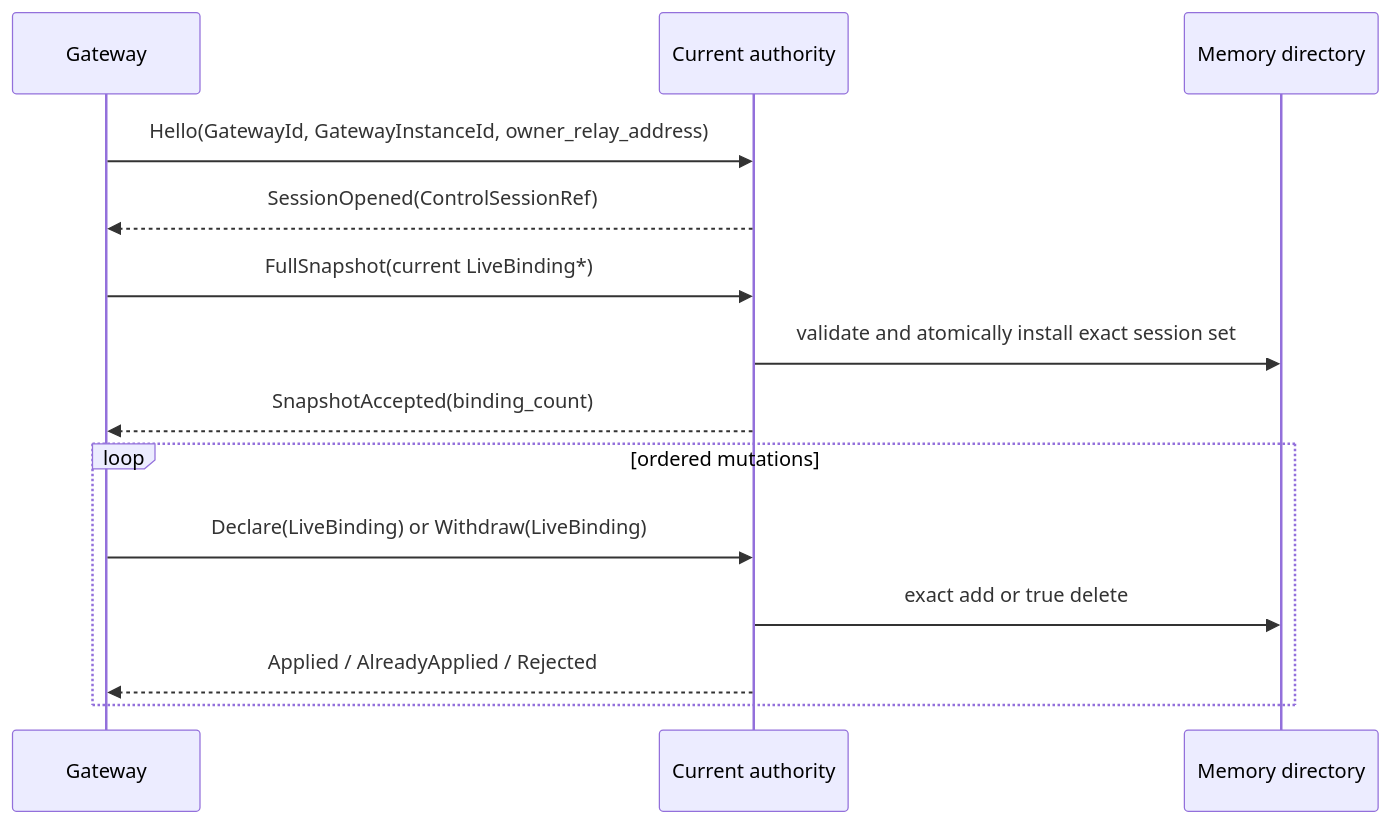
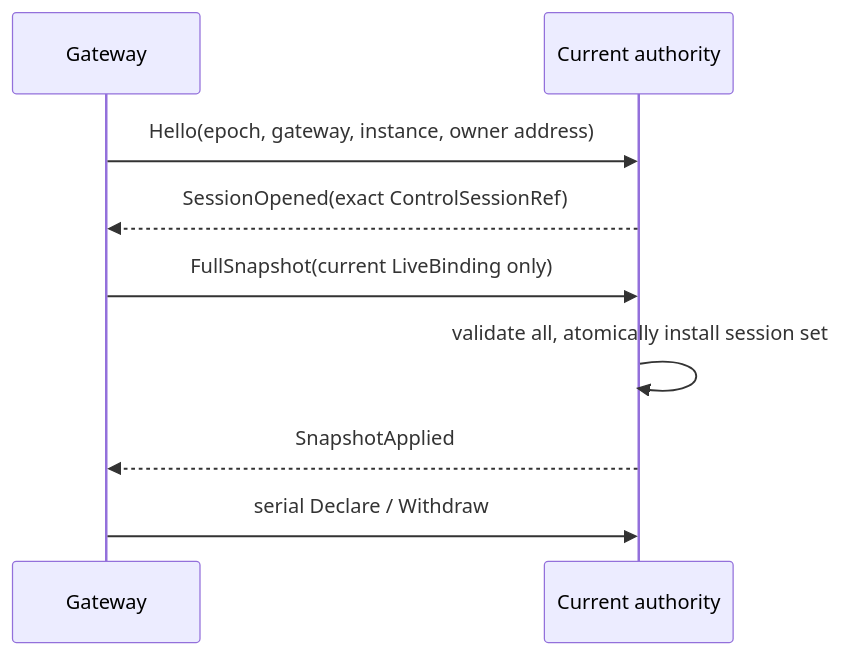
The second of 2 diagrams in docs/spec/001-system-model.md (cagojeiger/relaygate), drawn with Mermaid before and after one commit. The commit also changed other lines of this file and 38 other files, not shown here.

Commit message:
refactor: align runtime flows and correctness docs

````diff
--- a/docs/spec/001-system-model.md
+++ b/docs/spec/001-system-model.md
@@ -97,17 +44,11 @@
 ```mermaid
 sequenceDiagram
     participant G as Gateway
     participant A as Current authority
-    participant D as Memory directory
-
-    G->>A: Hello(GatewayId, GatewayInstanceId, owner_relay_address)
-    A-->>G: SessionOpened(ControlSessionRef)
-    G->>A: FullSnapshot(current LiveBinding*)
-    A->>D: validate and atomically install exact session set
-    A-->>G: SnapshotAccepted(binding_count)
-    loop ordered mutations
-        G->>A: Declare(LiveBinding) or Withdraw(LiveBinding)
-        A->>D: exact add or true delete
-        A-->>G: Applied / AlreadyApplied / Rejected
-    end
+    G->>A: Hello(epoch, gateway, instance, owner address)
+    A-->>G: SessionOpened(exact ControlSessionRef)
+    G->>A: FullSnapshot(current LiveBinding only)
+    A->>A: validate all, atomically install session set
+    A-->>G: SnapshotApplied
+    G->>A: serial Declare / Withdraw
 ```
````
